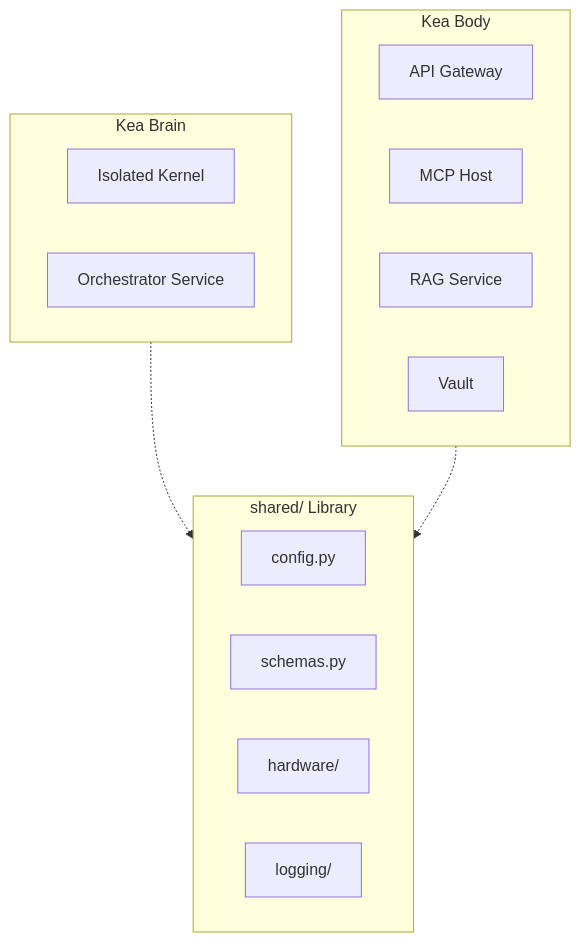
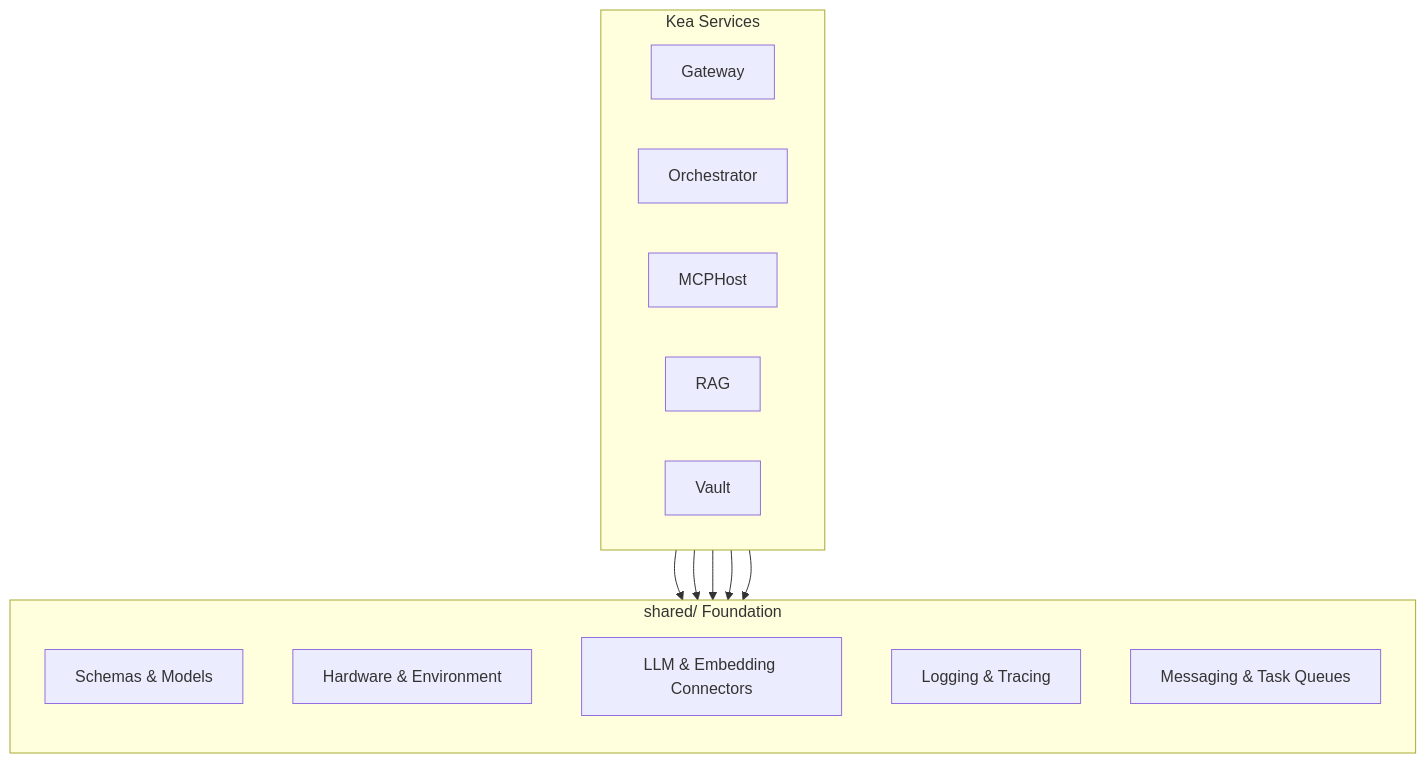
The diagram in shared/README.md (azzindani/Kea), drawn with Mermaid before and after one commit. The commit also changed other lines of this file and 22 other files, not shown here.

Commit message:
feat: Establish initial project architecture and comprehensive module documentation across kernel and services.

````diff
--- a/shared/README.md
+++ b/shared/README.md
@@ -19,24 +9,25 @@
 ```mermaid
 graph TD
-    subgraph Reasoning [Kea Brain]
-        Kernel[Isolated Kernel]
-        Orch[Orchestrator Service]
+    subgraph Services [Kea Services]
+        Gateway
+        Orchestrator
+        MCPHost
+        RAG
+        Vault
     end
 
-    subgraph Body [Kea Body]
-        Gateway[API Gateway]
-        Host[MCP Host]
-        RAG[RAG Service]
-        Vault[Vault]
+    subgraph Shared [shared/ Foundation]
+        direction TB
+        S1[Schemas & Models]
+        S2[Hardware & Environment]
+        S3[LLM & Embedding Connectors]
+        S4[Logging & Tracing]
+        S5[Messaging & Task Queues]
     end
 
-    subgraph Shared [shared/ Library]
-        Config[config.py]
-        Schemas[schemas.py]
-        Hardware[hardware/]
-        Logging[logging/]
-    end
-
-    Reasoning -.-> Shared
-    Body -.-> Shared
+    Services --> S1
+    Services --> S2
+    Services --> S3
+    Services --> S4
+    Services --> S5
 ```
````
